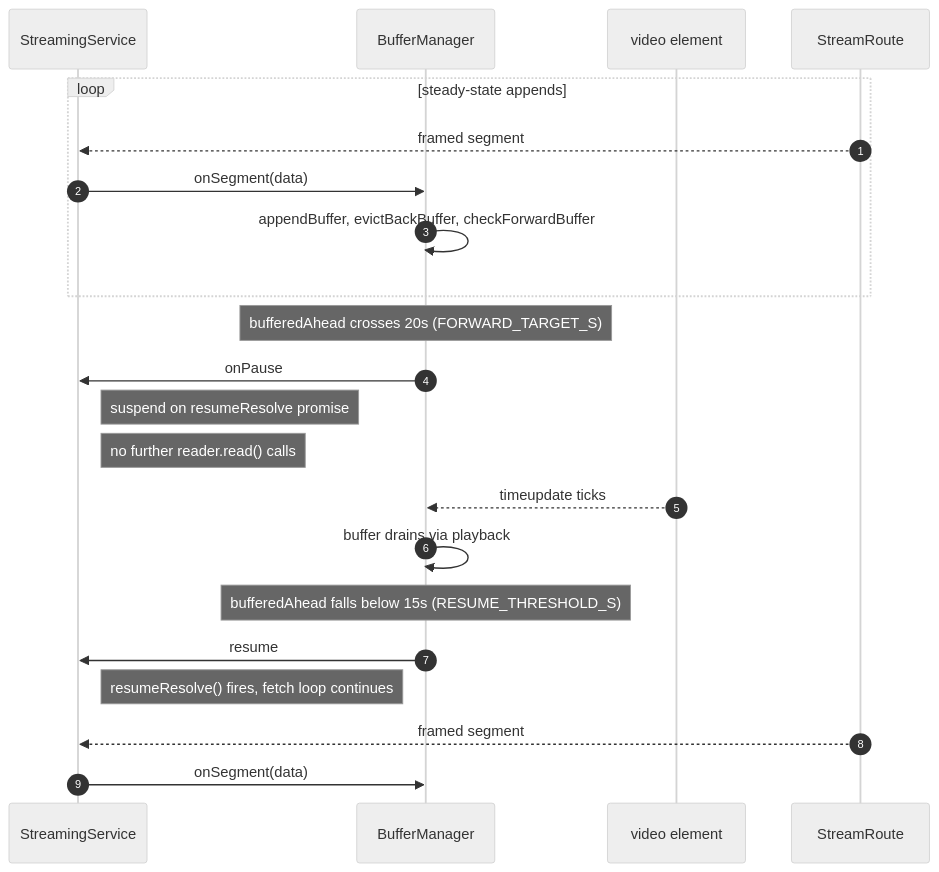
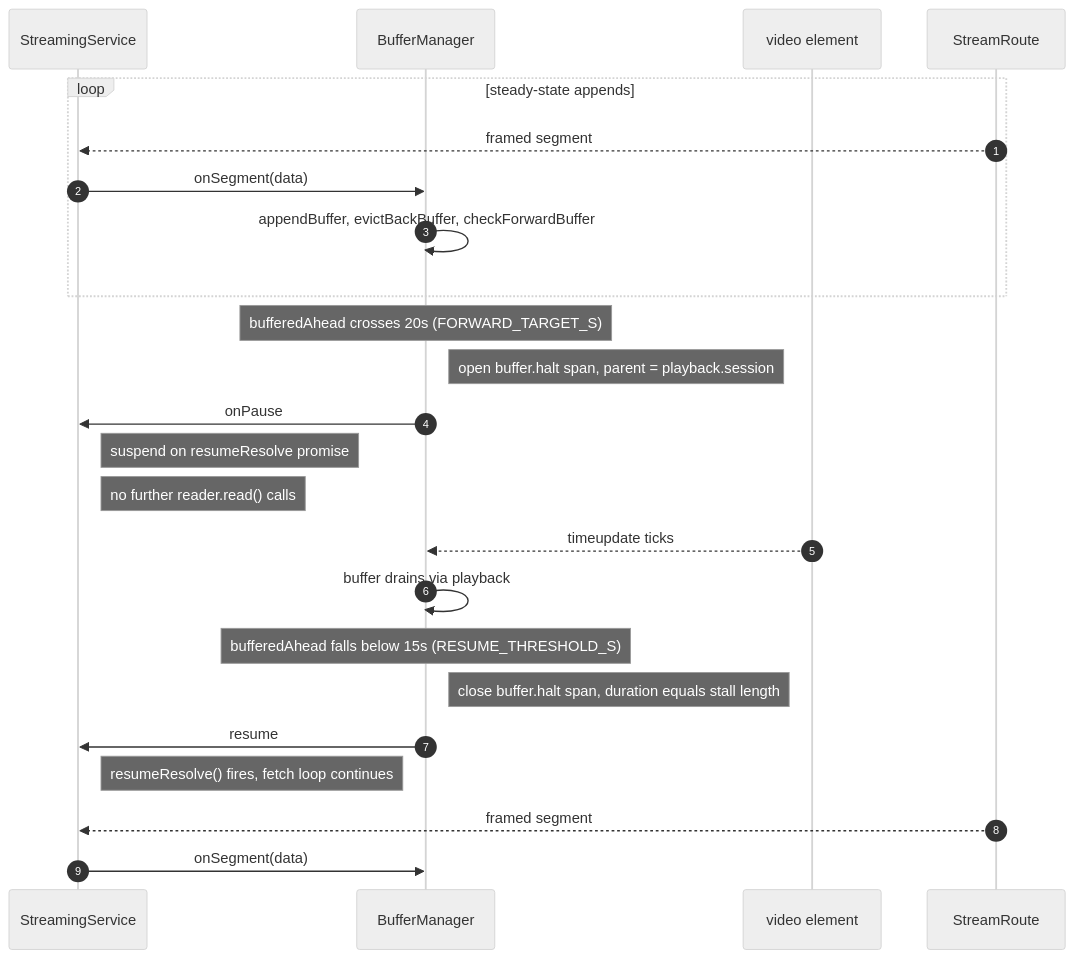
The diagram in docs/diagrams/streaming-02-backpressure.mmd (ngareleo/xstream), drawn with Mermaid (neutral theme) before and after one commit. The commit also changed 12 other files, not shown here.

First line of the commit message:
feat(telemetry): add buffer.halt + transcode.request spans

```diff
--- a/docs/diagrams/streaming-02-backpressure.mmd
+++ b/docs/diagrams/streaming-02-backpressure.mmd
@@ -1,29 +1,31 @@
 %% xstream streaming - Scenario 2: Back-pressure (pause and resume)
 %% After steady-state appends, BufferManager pauses StreamingService when
 %% bufferedAhead > 20s and resumes when it drains below 15s.
 sequenceDiagram
     autonumber
     participant SS as StreamingService
     participant BM as BufferManager
     participant V as video element
     participant ST as StreamRoute
 
     loop steady-state appends
         ST-->>SS: framed segment
         SS->>BM: onSegment(data)
         BM->>BM: appendBuffer, evictBackBuffer, checkForwardBuffer
     end
 
     Note over BM: bufferedAhead crosses 20s (FORWARD_TARGET_S)
+    Note right of BM: open buffer.halt span, parent = playback.session
     BM->>SS: onPause
     Note right of SS: suspend on resumeResolve promise
     Note right of SS: no further reader.read() calls
 
     V-->>BM: timeupdate ticks
     BM->>BM: buffer drains via playback
 
     Note over BM: bufferedAhead falls below 15s (RESUME_THRESHOLD_S)
+    Note right of BM: close buffer.halt span, duration equals stall length
     BM->>SS: resume
     Note right of SS: resumeResolve() fires, fetch loop continues
     ST-->>SS: framed segment
     SS->>BM: onSegment(data)
```
